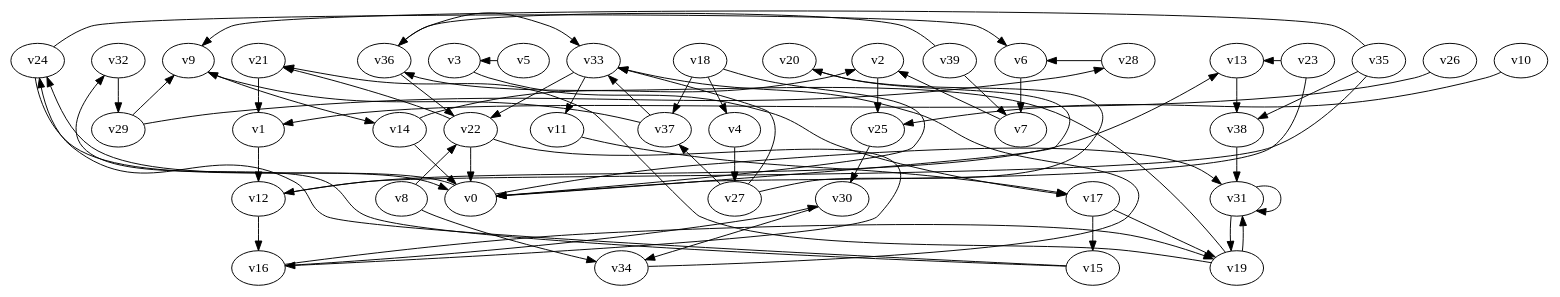
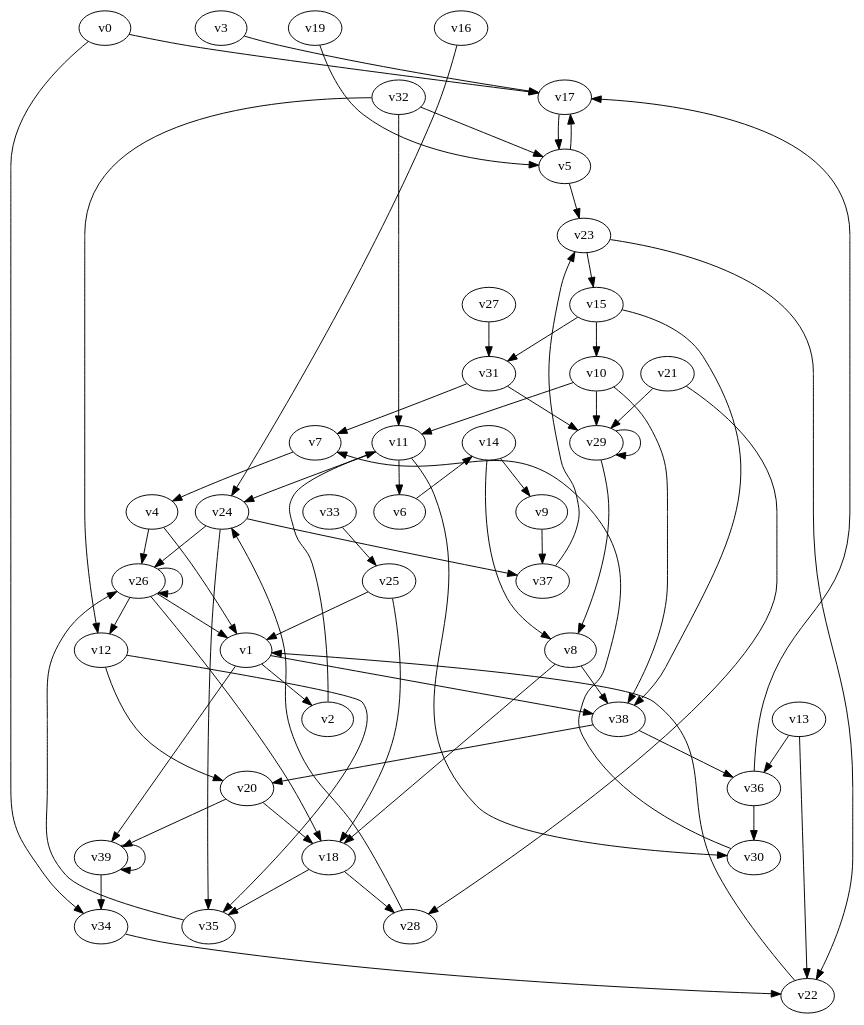
One commit to petejaustin/temporis changed the diagram in temporis_games/test055.dot. Above: the diagram before and after it, drawn with Graphviz. The commit also changed 313 other files, not shown here.

Commit message:
updated to work with all new architecture

```diff
--- a/temporis_games/test055.dot
+++ b/temporis_games/test055.dot
@@ -1,109 +1,118 @@
 // Benchmark game 55 - 40 vertices
+// time_bound: 7
+// targets: v34
 digraph G {
-    v0 [name="v0", player=1];
-    v1 [name="v1", player=1];
-    v2 [name="v2", player=1];
-    v3 [name="v3", player=0, target=1];
-    v4 [name="v4", player=0];
-    v5 [name="v5", player=0];
-    v6 [name="v6", player=0];
+    v0 [name="v0", player=0];
+    v1 [name="v1", player=0];
+    v2 [name="v2", player=0];
+    v3 [name="v3", player=1];
+    v4 [name="v4", player=1];
+    v5 [name="v5", player=1];
+    v6 [name="v6", player=1];
     v7 [name="v7", player=1];
-    v8 [name="v8", player=1];
+    v8 [name="v8", player=0];
     v9 [name="v9", player=1];
     v10 [name="v10", player=0];
-    v11 [name="v11", player=1];
-    v12 [name="v12", player=0];
-    v13 [name="v13", player=0];
-    v14 [name="v14", player=1];
-    v15 [name="v15", player=1];
+    v11 [name="v11", player=0];
+    v12 [name="v12", player=1];
+    v13 [name="v13", player=1];
+    v14 [name="v14", player=0];
+    v15 [name="v15", player=0];
     v16 [name="v16", player=0];
-    v17 [name="v17", player=1, target=1];
+    v17 [name="v17", player=1];
     v18 [name="v18", player=0];
-    v19 [name="v19", player=0];
+    v19 [name="v19", player=1];
     v20 [name="v20", player=1];
-    v21 [name="v21", player=0, target=1];
-    v22 [name="v22", player=0];
-    v23 [name="v23", player=0, target=1];
+    v21 [name="v21", player=1];
+    v22 [name="v22", player=1];
+    v23 [name="v23", player=0];
     v24 [name="v24", player=0];
     v25 [name="v25", player=1];
     v26 [name="v26", player=0];
     v27 [name="v27", player=1];
-    v28 [name="v28", player=0, target=1];
-    v29 [name="v29", player=1];
+    v28 [name="v28", player=0];
+    v29 [name="v29", player=0];
     v30 [name="v30", player=1];
     v31 [name="v31", player=1];
-    v32 [name="v32", player=1, target=1];
+    v32 [name="v32", player=0];
     v33 [name="v33", player=0];
-    v34 [name="v34", player=0];
+    v34 [name="v34", player=1, target=1];
     v35 [name="v35", player=1];
-    v36 [name="v36", player=1];
-    v37 [name="v37", player=0];
-    v38 [name="v38", player=0];
-    v39 [name="v39", player=1];
+    v36 [name="v36", player=0];
+    v37 [name="v37", player=1];
+    v38 [name="v38", player=1];
+    v39 [name="v39", player=0];
 
-    v0 -> v24 [constraint="time >= 7"];
-    v1 -> v12;
-    v2 -> v25;
-    v3 -> v17 [constraint="time % 5 == 4"];
-    v4 -> v27;
-    v5 -> v3 [constraint="time % 2 == 0"];
-    v6 -> v7;
-    v7 -> v2 [constraint="time % 3 == 0"];
-    v8 -> v34;
-    v9 -> v14 [constraint="time <= 17"];
-    v10 -> v25 [constraint="time == 7"];
-    v11 -> v17 [constraint="time == 5"];
-    v12 -> v13 [constraint="time == 9"];
-    v13 -> v38;
-    v14 -> v0;
-    v15 -> v32 [constraint="time <= 24"];
-    v16 -> v30 [constraint="time >= 14"];
-    v17 -> v15;
-    v18 -> v4;
-    v19 -> v21 [constraint="time <= 9"];
-    v20 -> v0 [constraint="time % 5 == 2"];
-    v21 -> v1;
-    v22 -> v16 [constraint="time <= 10"];
-    v23 -> v0 [constraint="time % 5 == 4"];
-    v24 -> v0 [constraint="time == 7"];
-    v25 -> v30;
-    v26 -> v1 [constraint="time % 4 == 1"];
-    v27 -> v33 [constraint="time % 3 == 0"];
-    v28 -> v6 [constraint="time == 10"];
-    v29 -> v28 [constraint="time == 11"];
-    v30 -> v34;
-    v31 -> v31;
-    v32 -> v29;
-    v33 -> v22 [constraint="time == 10"];
-    v34 -> v33 [constraint="time >= 14"];
-    v35 -> v38 [constraint="time == 8"];
-    v36 -> v33 [constraint="time >= 1"];
-    v37 -> v9 [constraint="(time >= 3) && (time <= 20)"];
-    v38 -> v31;
-    v39 -> v36 [constraint="time >= 7"];
-    v23 -> v13 [constraint="time >= 4"];
-    v24 -> v6 [constraint="(time >= 9) && (time <= 22)"];
-    v33 -> v11;
-    v22 -> v21 [constraint="time == 13"];
-    v17 -> v19;
-    v37 -> v33 [constraint="time >= 14"];
-    v39 -> v7 [constraint="time == 14"];
-    v36 -> v22;
-    v0 -> v31 [constraint="time <= 9"];
-    v29 -> v9 [constraint="time % 4 == 1"];
-    v19 -> v31;
-    v18 -> v0 [constraint="time == 6"];
-    v18 -> v37;
-    v31 -> v19;
-    v22 -> v0;
-    v8 -> v22 [constraint="time <= 21"];
-    v35 -> v9 [constraint="(time >= 3) && (time <= 18)"];
-    v27 -> v37 [constraint="time <= 14"];
-    v14 -> v2 [constraint="time == 11"];
-    v15 -> v24 [constraint="time == 3"];
-    v16 -> v19 [constraint="time % 3 == 2"];
-    v27 -> v20 [constraint="time >= 3"];
-    v12 -> v16;
-    v35 -> v12 [constraint="time == 2"];
-    v19 -> v36 [constraint="time <= 19"];
+    v0 -> v17;
+    v1 -> v2;
+    v2 -> v11;
+    v3 -> v17 [constraint="t >= 1"];
+    v4 -> v26;
+    v5 -> v17 [constraint="t mod 4 == 0"];
+    v6 -> v14 [constraint="t mod 4 == 1"];
+    v7 -> v4;
+    v8 -> v38;
+    v9 -> v37;
+    v10 -> v38;
+    v11 -> v24;
+    v12 -> v35 [constraint="t < 10"];
+    v13 -> v22;
+    v14 -> v9;
+    v15 -> v31 [constraint="t mod 3 == 2"];
+    v16 -> v24 [constraint="t >= 5"];
+    v17 -> v5;
+    v18 -> v35;
+    v19 -> v5 [constraint="t mod 4 == 2"];
+    v20 -> v18;
+    v21 -> v28;
+    v22 -> v1 [constraint="t mod 3 == 2"];
+    v23 -> v22;
+    v24 -> v26;
+    v25 -> v1;
+    v26 -> v18;
+    v27 -> v31;
+    v28 -> v24;
+    v29 -> v8;
+    v30 -> v7 [constraint="t >= 2"];
+    v31 -> v7;
+    v32 -> v11;
+    v33 -> v25;
+    v34 -> v22;
+    v35 -> v26;
+    v36 -> v17;
+    v37 -> v23;
+    v38 -> v20;
+    v39 -> v34;
+    v31 -> v29;
+    v18 -> v28;
+    v10 -> v11;
+    v25 -> v18;
+    v0 -> v34;
+    v21 -> v29;
+    v11 -> v6;
+    v24 -> v37;
+    v26 -> v26;
+    v26 -> v12;
+    v1 -> v39;
+    v14 -> v8;
+    v39 -> v39;
+    v32 -> v5;
+    v38 -> v36;
+    v26 -> v1;
+    v20 -> v39;
+    v15 -> v10;
+    v36 -> v30;
+    v5 -> v23;
+    v1 -> v38;
+    v24 -> v35;
+    v32 -> v12;
+    v10 -> v29;
+    v23 -> v15;
+    v11 -> v30;
+    v12 -> v20;
+    v8 -> v18;
+    v4 -> v1;
+    v13 -> v36;
+    v29 -> v29;
+    v15 -> v38;
 }
```
